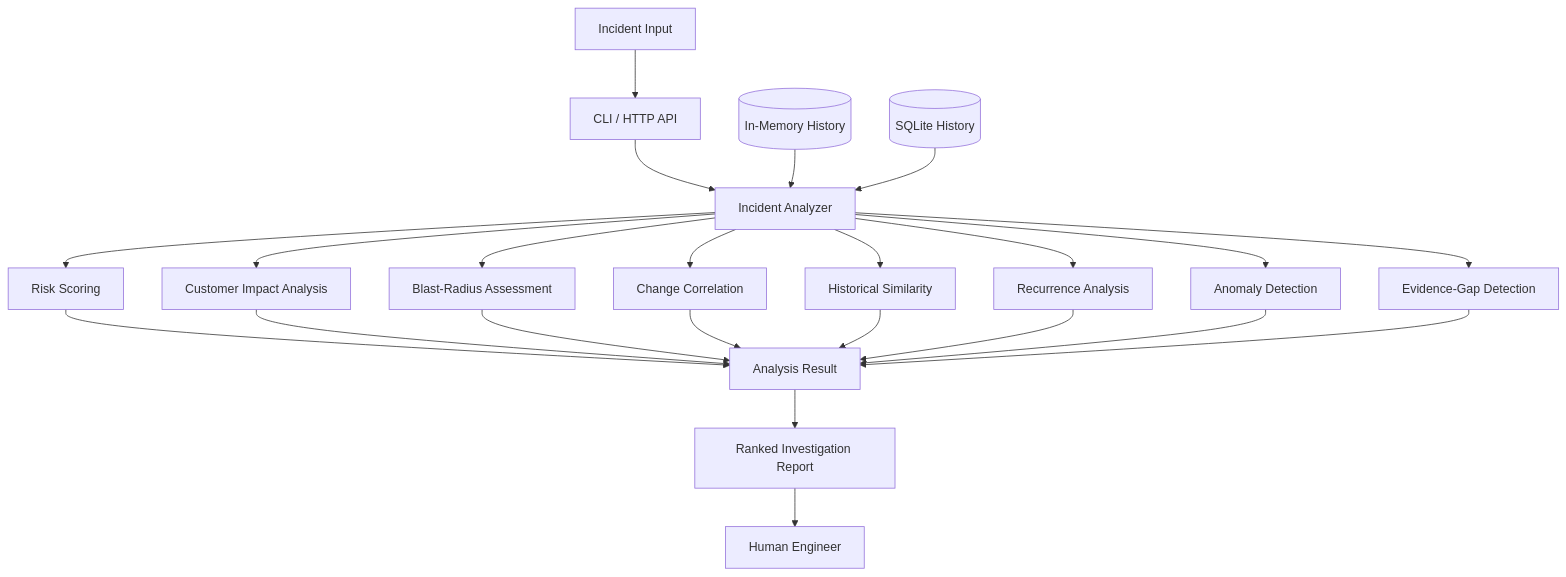
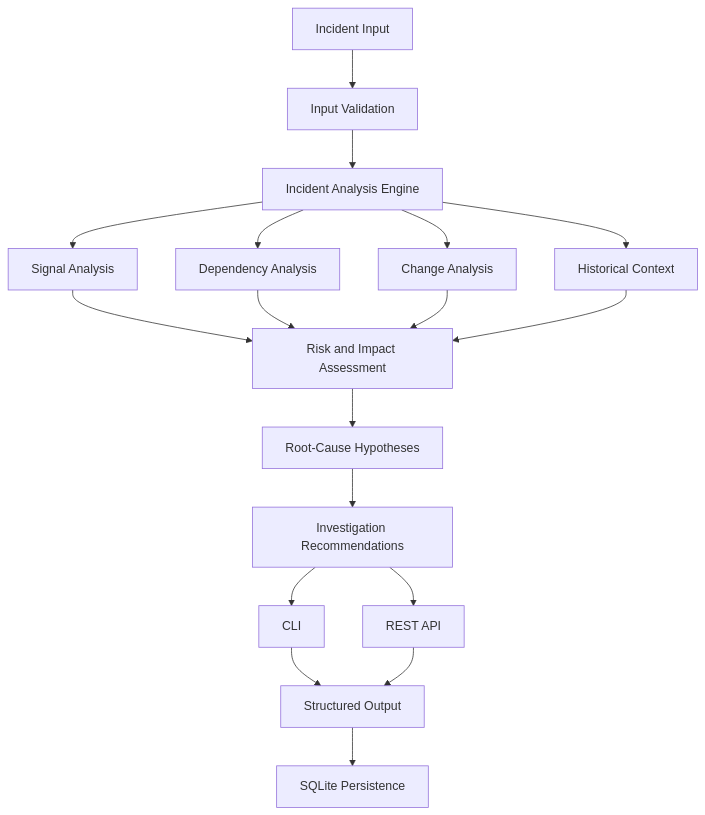
The diagram in README.md (sadiaaref/sre-incident-intelligence), drawn with Mermaid before and after one commit. The commit also changed other lines of this file, not shown here.

````diff
--- a/README.md
+++ b/README.md
@@ -37,29 +97,25 @@
 ```mermaid
 flowchart TD
-    A["Incident Input"] --> B["CLI / HTTP API"]
-    B --> C["Incident Analyzer"]
+    A[Incident Input] --> B[Input Validation]
+    B --> C[Incident Analysis Engine]
 
-    C --> D["Risk Scoring"]
-    C --> E["Customer Impact Analysis"]
-    C --> F["Blast-Radius Assessment"]
-    C --> G["Change Correlation"]
-    C --> H["Historical Similarity"]
-    C --> I["Recurrence Analysis"]
-    C --> J["Anomaly Detection"]
-    C --> K["Evidence-Gap Detection"]
+    C --> D[Signal Analysis]
+    C --> E[Dependency Analysis]
+    C --> F[Change Analysis]
+    C --> G[Historical Context]
 
-    L[("In-Memory History")] --> C
-    M[("SQLite History")] --> C
+    D --> H[Risk and Impact Assessment]
+    E --> H
+    F --> H
+    G --> H
 
-    D --> N["Analysis Result"]
-    E --> N
-    F --> N
-    G --> N
-    H --> N
-    I --> N
-    J --> N
-    K --> N
+    H --> I[Root-Cause Hypotheses]
+    I --> J[Investigation Recommendations]
 
-    N --> O["Ranked Investigation Report"]
-    O --> P["Human Engineer"]
+    J --> K[CLI]
+    J --> L[REST API]
+
+    K --> M[Structured Output]
+    L --> M
+    M --> N[SQLite Persistence]
 ```
````
